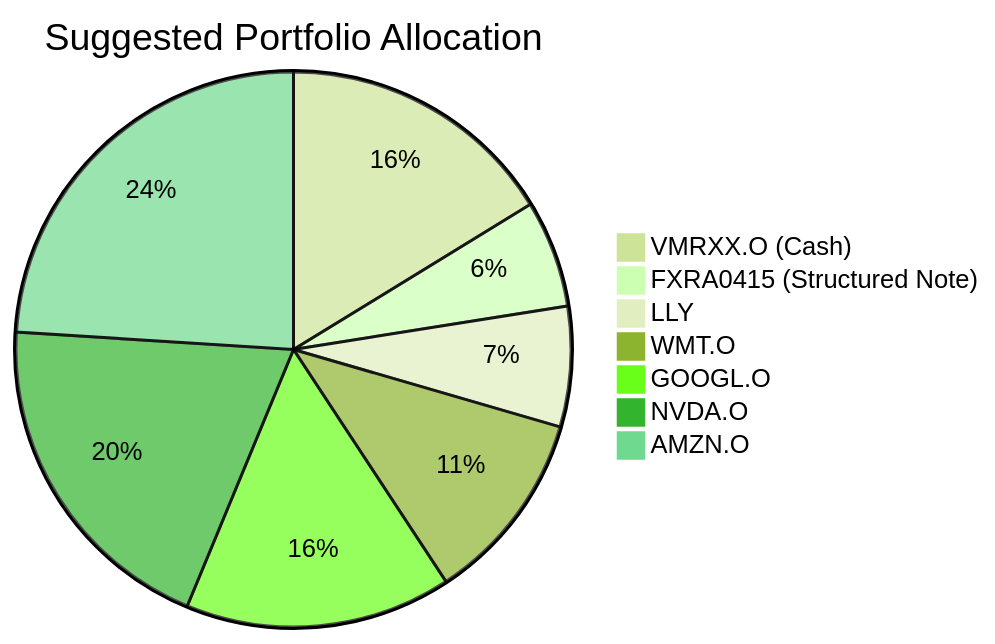
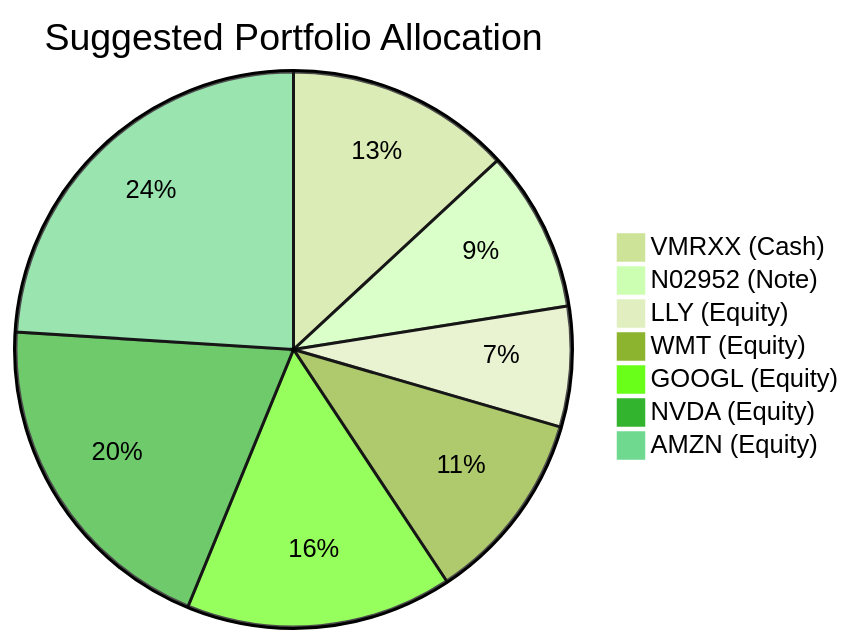
The second of 2 diagrams in docs/sample outputs/client_product_fit_analysis_2.md (roger249/Bot-collaboration), drawn with Mermaid (forest theme) before and after one commit. The commit also changed other lines of this file and 16 other files, not shown here.

````diff
--- a/docs/sample outputs/client_product_fit_analysis_2.md
+++ b/docs/sample outputs/client_product_fit_analysis_2.md
@@ -58,10 +62,10 @@
 ```mermaid
 pie title Suggested Portfolio Allocation
-    "VMRXX.O (Cash)" : 16.25
-    "FXRA0415 (Structured Note)" : 6.25
-    "LLY" : 7.0
-    "WMT.O" : 11.25
-    "GOOGL.O" : 15.5
-    "NVDA.O" : 19.75
-    "AMZN.O" : 24.0
+    "VMRXX (Cash)" : 13.1
+    "N02952 (Note)" : 9.4
+    "LLY (Equity)" : 7.0
+    "WMT (Equity)" : 11.2
+    "GOOGL (Equity)" : 15.5
+    "NVDA (Equity)" : 19.8
+    "AMZN (Equity)" : 24.0
 ```
````
